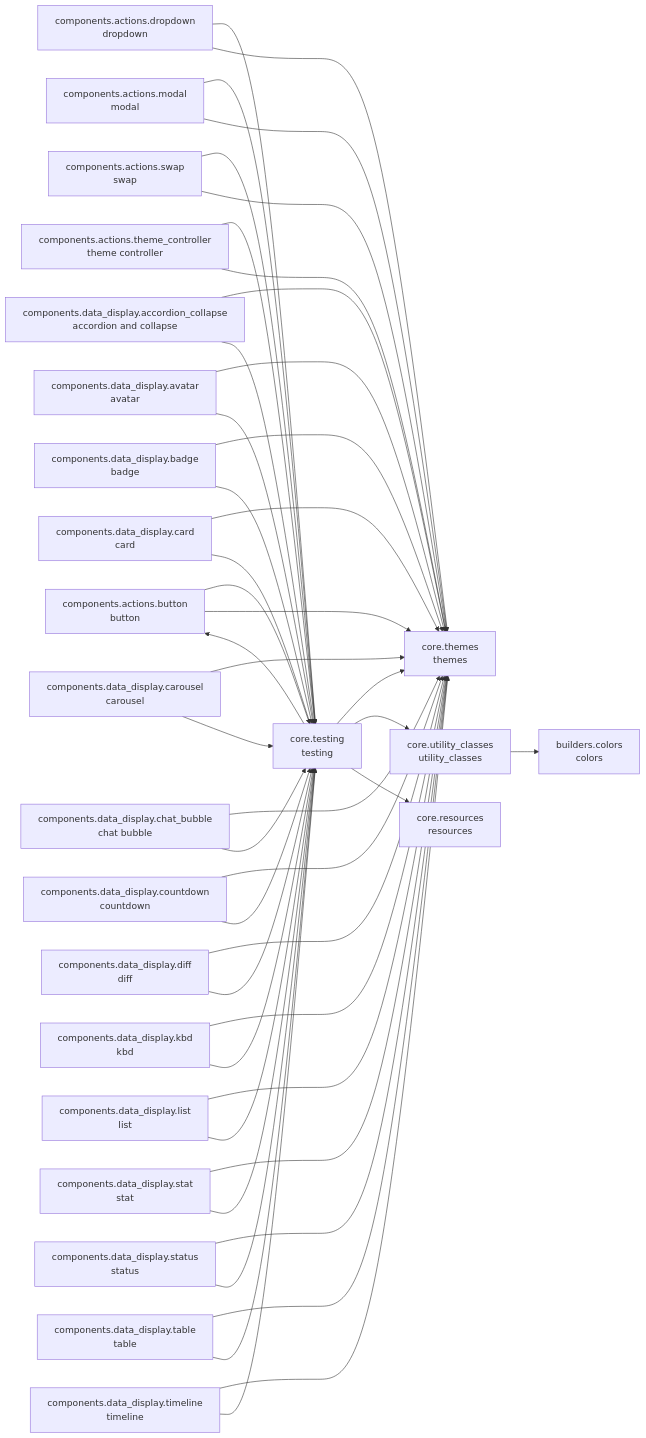
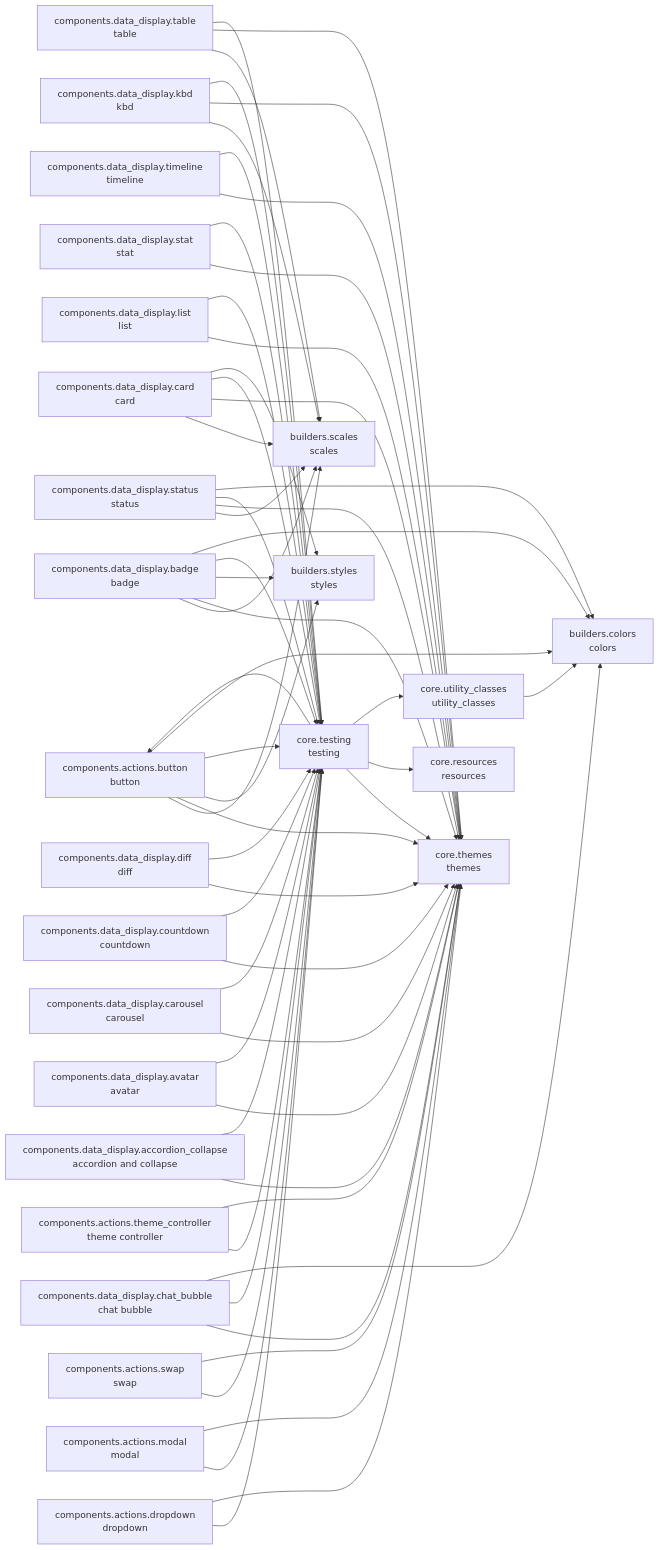
The diagram in README.md (cj-mills/cjm-fasthtml-daisyui), drawn with Mermaid before and after one commit. The commit also changed other lines of this file and 22 other files, not shown here.

````diff
--- a/README.md
+++ b/README.md
@@ -59,6 +61,8 @@
 ``` mermaid
 graph LR
     builders_colors[builders.colors<br/>colors]
+    builders_scales[builders.scales<br/>scales]
+    builders_styles[builders.styles<br/>styles]
     components_actions_button[components.actions.button<br/>button]
     components_actions_dropdown[components.actions.dropdown<br/>dropdown]
     components_actions_modal[components.actions.modal<br/>modal]
@@ -83,8 +87,11 @@
     core_themes[core.themes<br/>themes]
     core_utility_classes[core.utility_classes<br/>utility_classes]
 
+    components_actions_button --> builders_scales
+    components_actions_button --> core_themes
+    components_actions_button --> builders_styles
     components_actions_button --> core_testing
-    components_actions_button --> core_themes
+    components_actions_button --> builders_colors
     components_actions_dropdown --> core_testing
     components_actions_dropdown --> core_themes
     components_actions_modal --> core_testing
@@ -97,33 +104,43 @@
     components_data_display_accordion_collapse --> core_testing
     components_data_display_avatar --> core_themes
     components_data_display_avatar --> core_testing
+    components_data_display_badge --> builders_scales
     components_data_display_badge --> core_themes
+    components_data_display_badge --> builders_styles
     components_data_display_badge --> core_testing
+    components_data_display_badge --> builders_colors
+    components_data_display_card --> builders_scales
     components_data_display_card --> core_themes
     components_data_display_card --> core_testing
+    components_data_display_card --> builders_styles
     components_data_display_carousel --> core_themes
     components_data_display_carousel --> core_testing
     components_data_display_chat_bubble --> core_themes
     components_data_display_chat_bubble --> core_testing
+    components_data_display_chat_bubble --> builders_colors
     components_data_display_countdown --> core_themes
     components_data_display_countdown --> core_testing
     components_data_display_diff --> core_themes
     components_data_display_diff --> core_testing
+    components_data_display_kbd --> builders_scales
     components_data_display_kbd --> core_themes
     components_data_display_kbd --> core_testing
     components_data_display_list --> core_themes
     components_data_display_list --> core_testing
     components_data_display_stat --> core_themes
     components_data_display_stat --> core_testing
+    components_data_display_status --> builders_scales
     components_data_display_status --> core_themes
     components_data_display_status --> core_testing
+    components_data_display_status --> builders_colors
+    components_data_display_table --> builders_scales
     components_data_display_table --> core_themes
     components_data_display_table --> core_testing
     components_data_display_timeline --> core_themes
     components_data_display_timeline --> core_testing
     core_testing --> core_themes
+    core_testing --> core_resources
     core_testing --> core_utility_classes
     core_testing --> components_actions_button
-    core_testing --> core_resources
     core_utility_classes --> builders_colors
 ```
````
